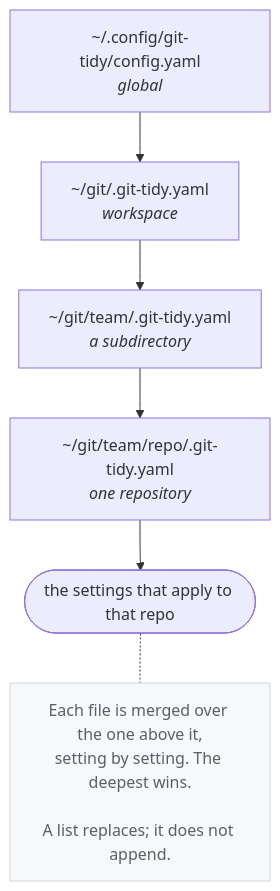
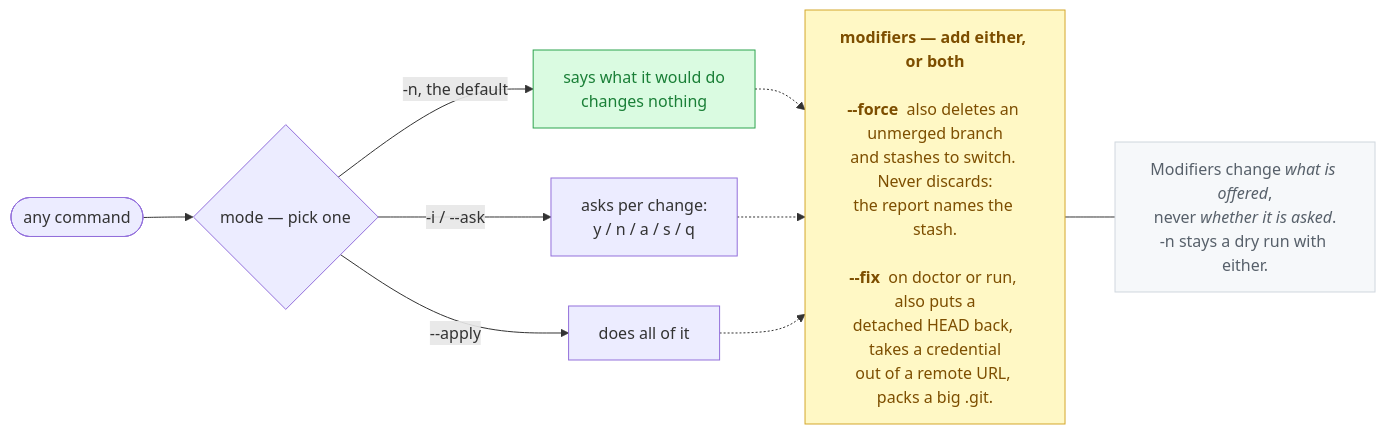
One commit to sapn95/git-tidy changed the fourth of 4 diagrams in README.md. Above: the diagram before and after it, drawn with Mermaid. The commit also changed other lines of this file and 4 other files, not shown here.

````diff
--- a/README.md
+++ b/README.md
@@ -375,13 +382,23 @@
 ```mermaid
-flowchart TD
-    G["~/.config/git-tidy/config.yaml<br><i>global</i>"] --> W
-    W["~/git/.git-tidy.yaml<br><i>workspace</i>"] --> S
-    S["~/git/team/.git-tidy.yaml<br><i>a subdirectory</i>"] --> R
-    R["~/git/team/repo/.git-tidy.yaml<br><i>one repository</i>"] --> E([the settings that apply to that repo])
+flowchart LR
+    A([any command]) --> M{"mode — pick one"}
+    M -->|"-n, the default"| DRY["says what it would do<br>changes nothing"]
+    M -->|"-i / --ask"| ASK["asks per change:<br>y / n / a / s / q"]
+    M -->|"--apply"| DO["does all of it"]
 
-    N["Each file is merged over the one above it,<br>setting by setting. The deepest wins.<br><br>A list replaces; it does not append."]
-    E -.- N
+    MOD["<b>modifiers — add either, or both</b><br><br><b>--force</b>  also deletes an unmerged branch<br>and stashes to switch. Never discards:<br>the report names the stash.<br><br><b>--fix</b>  on doctor or run, also puts a<br>detached HEAD back, takes a credential<br>out of a remote URL, packs a big .git."]
 
+    DRY -.-> MOD
+    ASK -.-> MOD
+    DO -.-> MOD
+
+    N["Modifiers change <i>what is offered</i>,<br>never <i>whether it is asked</i>.<br>-n stays a dry run with either."]
+    MOD --- N
+
+    classDef safe fill:#dafbe1,stroke:#2da44e,color:#1a7f37
+    classDef warn fill:#fff8c5,stroke:#d4a72c,color:#7d4e00
     classDef note fill:#f6f8fa,stroke:#d0d7de,color:#57606a
+    class DRY safe
+    class MOD warn
     class N note
 ```
````
